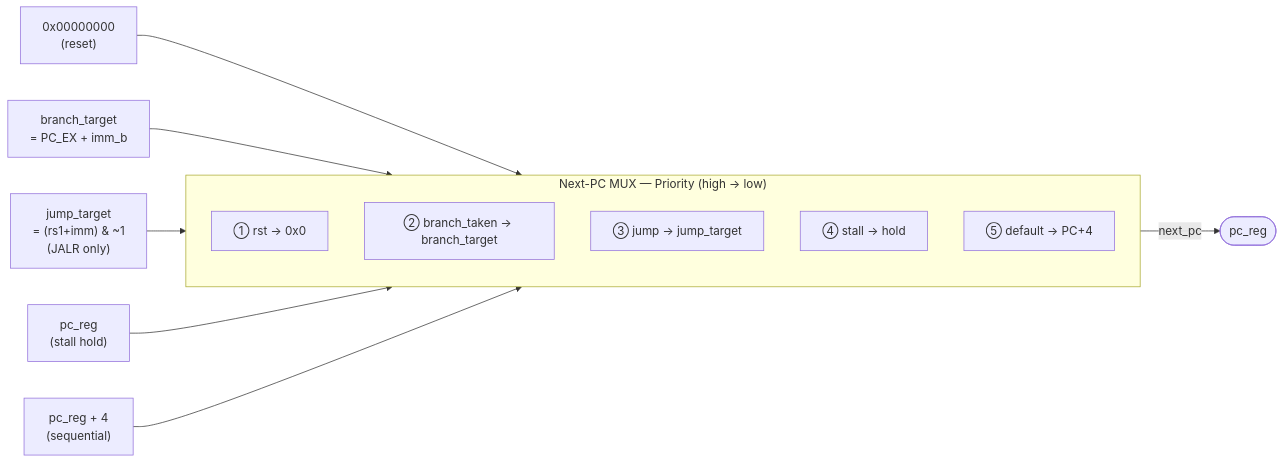
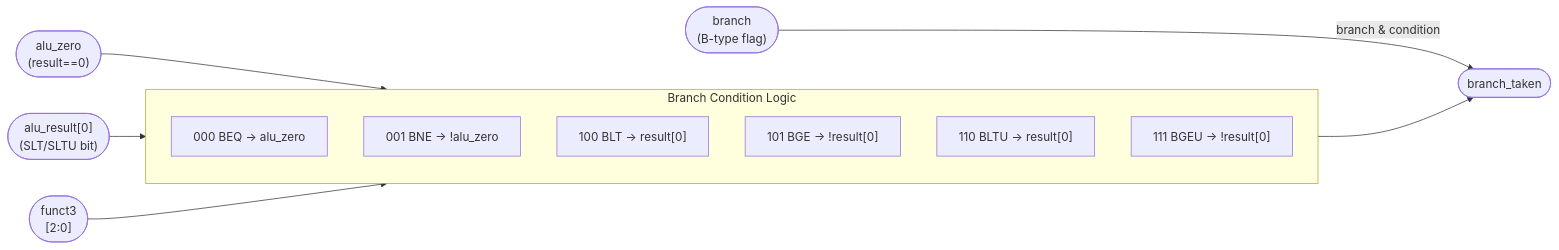
Before and after one commit to ankur-gupta-29/BoseRV: the fourth of 11 diagrams in RISCV_ARCHITECTURE.md, drawn with Mermaid. The commit also changed other lines of this file, not shown here.

Commit message:
docs: add final complete BoseRV architecture with all 11 diagrams

````diff
--- a/RISCV_ARCHITECTURE.md
+++ b/RISCV_ARCHITECTURE.md
@@ -195,24 +259,22 @@
 ```mermaid
 flowchart LR
-    PC4["pc_reg + 4\n(sequential)"]
-    BT["branch_target\n= PC_EX + imm_b"]
-    JT["jump_target\n= (rs1+imm) & ~1\n(JALR only)"]
-    HOLD["pc_reg\n(stall hold)"]
-    ZERO["0x00000000\n(reset)"]
+    ALU_Z(["alu_zero\n(result==0)"])
+    ALU_R0(["alu_result[0]\n(SLT/SLTU bit)"])
+    F3(["funct3\n[2:0]"])
+    BR(["branch\n(B-type flag)"])
 
-    subgraph MUX["Next-PC MUX — Priority (high → low)"]
-        direction TB
-        P1["① rst  → 0x0"]
-        P2["② branch_taken → branch_target"]
-        P3["③ jump  → jump_target"]
-        P4["④ stall → hold"]
-        P5["⑤ default → PC+4"]
+    subgraph COND["Branch Condition Logic"]
+        C0["000 BEQ  →  alu_zero"]
+        C1["001 BNE  → !alu_zero"]
+        C2["100 BLT  →  result[0]"]
+        C3["101 BGE  → !result[0]"]
+        C4["110 BLTU →  result[0]"]
+        C5["111 BGEU → !result[0]"]
     end
 
-    ZERO --> P1
-    BT   --> P2
-    JT   --> P3
-    HOLD --> P4
-    PC4  --> P5
-    MUX  -->|"next_pc"| PCREG(["pc_reg"])
+    ALU_Z  --> COND
+    ALU_R0 --> COND
+    F3     --> COND
+    BR     -->|"branch & condition"| TAKEN(["branch_taken"])
+    COND   --> TAKEN
 ```
````
